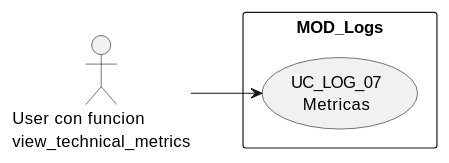
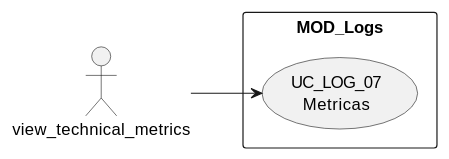
One commit to jcg-admin/IACT-docs changed the first of 3 diagrams in source/requisitos/casos-uso/logs/uc-log-07/diagramas-uml.rst. Above: the diagram before and after it, drawn with PlantUML. The commit also changed 77 other files, not shown here.

First line of the commit message:
Enforce RBAC function names as actors in all UML diagrams

```diff
--- a/source/requisitos/casos-uso/logs/uc-log-07/diagramas-uml.rst
+++ b/source/requisitos/casos-uso/logs/uc-log-07/diagramas-uml.rst
@@ -10,10 +10,10 @@
 .. uml::
 
  @startuml
  left to right direction
- actor "User con funcion\nview_technical_metrics" as USR
+ actor "view_technical_metrics" as USR
  rectangle "MOD_Logs" {
    usecase "UC_LOG_07\nMetricas" as UC07
  }
  USR --> UC07
  @enduml
```
